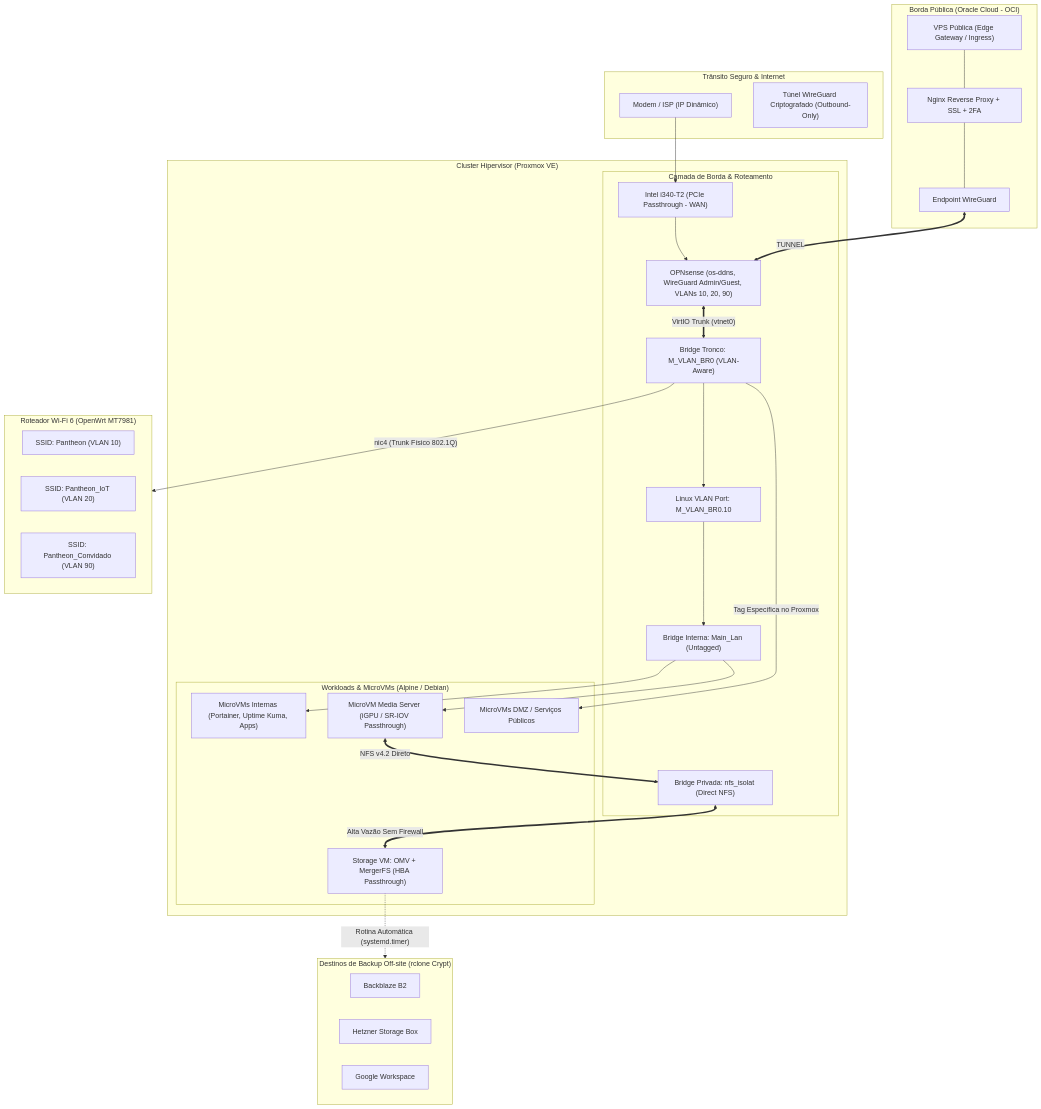
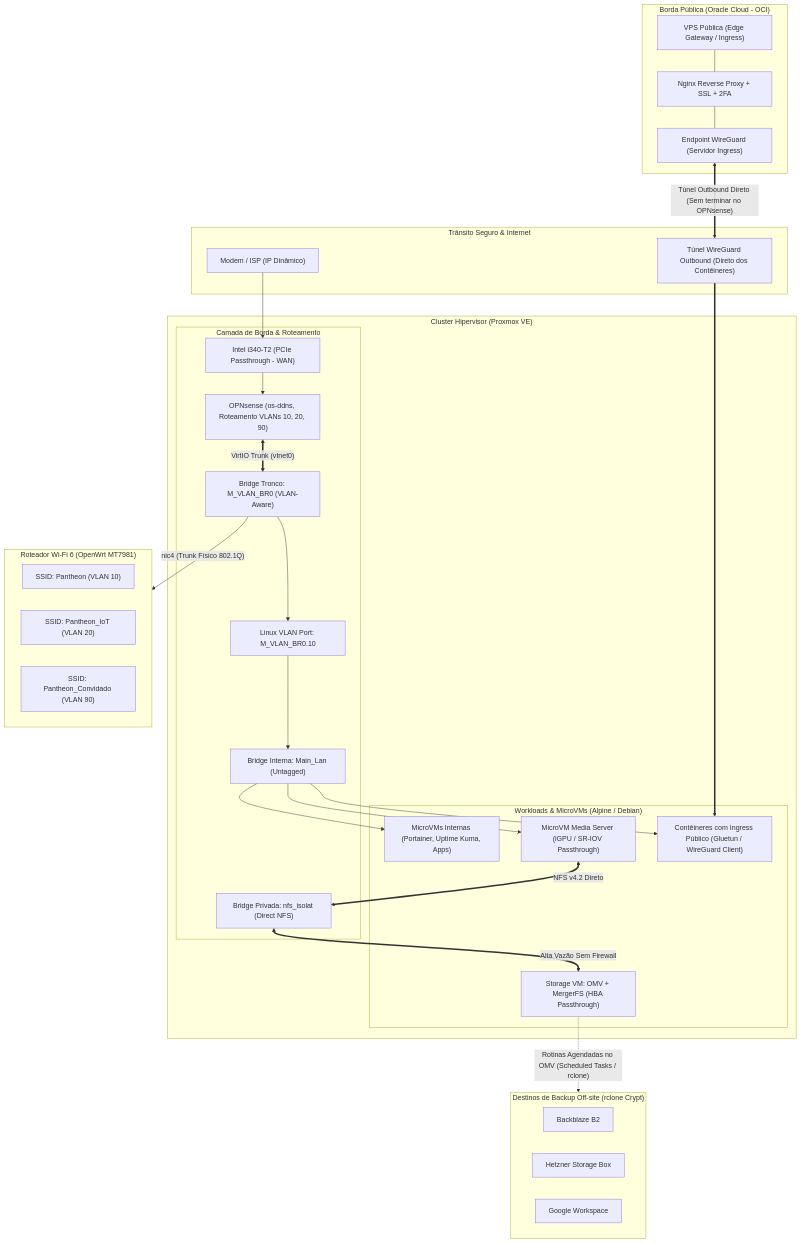
Before and after one commit to hermes-pantheon-pb/devops-portfolio: the diagram in README.md, drawn with Mermaid. The commit also changed other lines of this file and 1 other file, not shown here.

Commit message:
docs: clarify direct Gluetun ingress to workloads and native OMV scheduled backup tasks

````diff
--- a/README.md
+++ b/README.md
@@ -35,60 +35,61 @@
 ```mermaid
 graph TB
     subgraph CLOUD ["Borda Pública (Oracle Cloud - OCI)"]
         OCI_EDGE["VPS Pública (Edge Gateway / Ingress)"]
         OCI_NGINX["Nginx Reverse Proxy + SSL + 2FA"]
-        OCI_WG["Endpoint WireGuard"]
+        OCI_WG["Endpoint WireGuard (Servidor Ingress)"]
         OCI_EDGE --- OCI_NGINX --- OCI_WG
     end
 
     subgraph WAN ["Trânsito Seguro & Internet"]
         ISP["Modem / ISP (IP Dinâmico)"]
-        TUNNEL["Túnel WireGuard Criptografado (Outbound-Only)"]
+        TUNNEL["Túnel WireGuard Outbound (Direto dos Contêineres)"]
     end
 
     subgraph PROXMOX ["Cluster Hipervisor (Proxmox VE)"]
         subgraph CORE_NET ["Camada de Borda & Roteamento"]
             I340_WAN["Intel i340-T2 (PCIe Passthrough - WAN)"]
-            OPNSENSE["OPNsense (os-ddns, WireGuard Admin/Guest, VLANs 10, 20, 90)"]
+            OPNSENSE["OPNsense (os-ddns, Roteamento VLANs 10, 20, 90)"]
             M_VLAN_BR0["Bridge Tronco: M_VLAN_BR0 (VLAN-Aware)"]
             ACCESS_PORT["Linux VLAN Port: M_VLAN_BR0.10"]
             MAIN_LAN["Bridge Interna: Main_Lan (Untagged)"]
             NFS_ISOLAT["Bridge Privada: nfs_isolat (Direct NFS)"]
         end
 
         subgraph WORKLOADS ["Workloads & MicroVMs (Alpine / Debian)"]
             VM_TRUSTED["MicroVMs Internas (Portainer, Uptime Kuma, Apps)"]
             VM_MEDIA["MicroVM Media Server (iGPU / SR-IOV Passthrough)"]
             VM_STORAGE["Storage VM: OMV + MergerFS (HBA Passthrough)"]
-            VM_DMZ["MicroVMs DMZ / Serviços Públicos"]
+            VM_INGRESS["Contêineres com Ingress Público (Gluetun / WireGuard Client)"]
         end
     end
 
     subgraph OPENWRT_WIFI ["Roteador Wi-Fi 6 (OpenWrt MT7981)"]
         SSID_MAIN["SSID: Pantheon (VLAN 10)"]
         SSID_IOT["SSID: Pantheon_IoT (VLAN 20)"]
         SSID_GUEST["SSID: Pantheon_Convidado (VLAN 90)"]
     end
 
     subgraph BACKUP_TIER ["Destinos de Backup Off-site (rclone Crypt)"]
         B2["Backblaze B2"]
         HETZNER["Hetzner Storage Box"]
         GDRIVE["Google Workspace"]
     end
 
     ISP --> I340_WAN --> OPNSENSE
-    OCI_WG <== TUNNEL ==> OPNSENSE
     OPNSENSE <== "VirtIO Trunk (vtnet0)" ==> M_VLAN_BR0
 
     M_VLAN_BR0 --> ACCESS_PORT --> MAIN_LAN
     MAIN_LAN --> VM_TRUSTED
     MAIN_LAN --> VM_MEDIA
-    M_VLAN_BR0 -- "Tag Específica no Proxmox" --> VM_DMZ
+    MAIN_LAN --> VM_INGRESS
+
+    OCI_WG <== "Túnel Outbound Direto (Sem terminar no OPNsense)" ==> TUNNEL ==> VM_INGRESS
 
     M_VLAN_BR0 -- "nic4 (Trunk Físico 802.1Q)" --> OPENWRT_WIFI
     
     VM_MEDIA <== "NFS v4.2 Direto" ==> NFS_ISOLAT
     NFS_ISOLAT <== "Alta Vazão Sem Firewall" ==> VM_STORAGE
 
-    VM_STORAGE -. "Rotina Automática (systemd.timer)" .-> BACKUP_TIER
+    VM_STORAGE -. "Rotinas Agendadas no OMV (Scheduled Tasks / rclone)" .-> BACKUP_TIER
 ```
````
